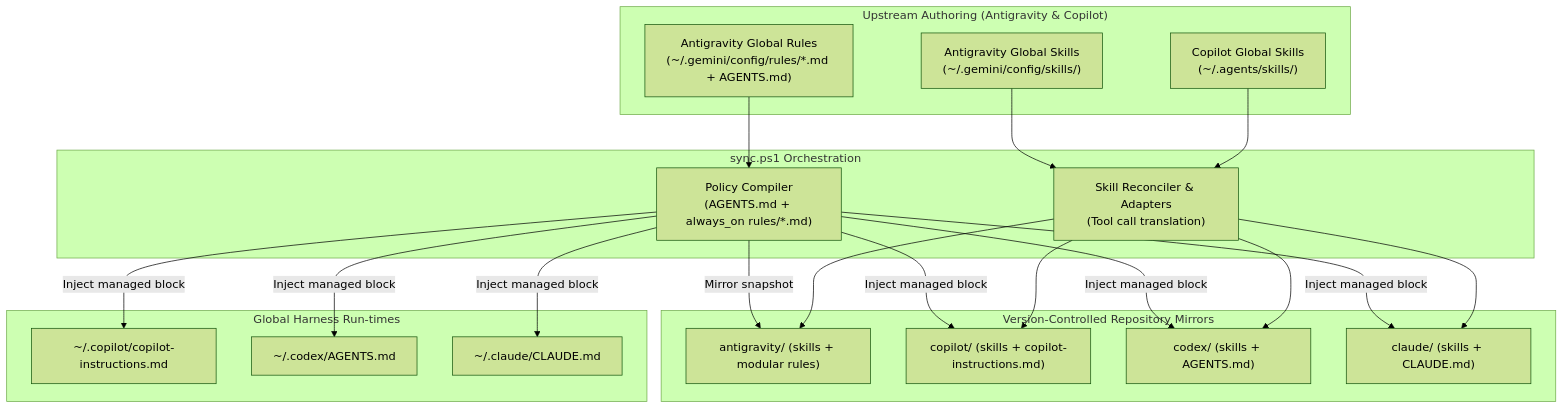
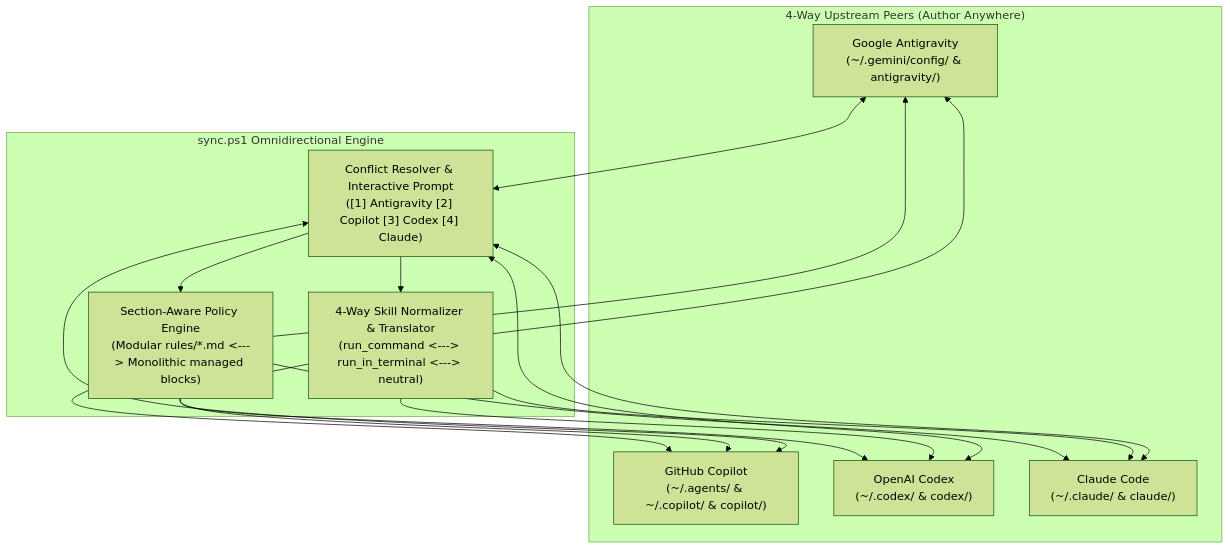
One commit to henryhyunwookim/agent-skills-and-policies changed the diagram in README.md. Above: the diagram before and after it, drawn with Mermaid (forest theme). The commit also changed 16 other files, not shown here.

First line of the commit message:
feat(sync): upgrade to 4-way peer mesh sync with conflict resolution

````diff
--- a/README.md
+++ b/README.md
@@ -22,34 +22,24 @@
 ```mermaid
 flowchart TD
-    subgraph Upstream["Upstream Authoring (Antigravity & Copilot)"]
-        A1["Antigravity Global Rules\n(~/.gemini/config/rules/*.md + AGENTS.md)"]
-        S1["Antigravity Global Skills\n(~/.gemini/config/skills/)"]
-        S2["Copilot Global Skills\n(~/.agents/skills/)"]
+    subgraph Peers["4-Way Upstream Peers (Author Anywhere)"]
+        H_AGY["Google Antigravity\n(~/.gemini/config/ & antigravity/)"]
+        H_COP["GitHub Copilot\n(~/.agents/ & ~/.copilot/ & copilot/)"]
+        H_CDX["OpenAI Codex\n(~/.codex/ & codex/)"]
+        H_CLD["Claude Code\n(~/.claude/ & claude/)"]
     end
 
-    subgraph SyncScript["sync.ps1 Orchestration"]
-        P_Comp["Policy Compiler\n(AGENTS.md + always_on rules/*.md)"]
-        S_Reconcile["Skill Reconciler & Adapters\n(Tool call translation)"]
+    subgraph SyncEngine["sync.ps1 Omnidirectional Engine"]
+        Conflict["Conflict Resolver & Interactive Prompt\n([1] Antigravity [2] Copilot [3] Codex [4] Claude)"]
+        P_Engine["Section-Aware Policy Engine\n(Modular rules/*.md <---> Monolithic managed blocks)"]
+        S_Engine["4-Way Skill Normalizer & Translator\n(run_command <---> run_in_terminal <---> neutral)"]
     end
 
-    subgraph Repos["Version-Controlled Repository Mirrors"]
-        R_AGY["antigravity/ (skills + modular rules)"]
-        R_COP["copilot/ (skills + copilot-instructions.md)"]
-        R_CDX["codex/ (skills + AGENTS.md)"]
-        R_CLD["claude/ (skills + CLAUDE.md)"]
-    end
+    H_AGY <--> Conflict
+    H_COP <--> Conflict
+    H_CDX <--> Conflict
+    H_CLD <--> Conflict
 
-    subgraph Downstream["Global Harness Run-times"]
-        G_COP["~/.copilot/copilot-instructions.md"]
-        G_CDX["~/.codex/AGENTS.md"]
-        G_CLD["~/.claude/CLAUDE.md"]
-    end
-
-    A1 --> P_Comp
-    P_Comp -->|Mirror snapshot| R_AGY
-    P_Comp -->|Inject managed block| R_COP & R_CDX & R_CLD
-    P_Comp -->|Inject managed block| G_COP & G_CDX & G_CLD
-
-    S1 & S2 --> S_Reconcile
-    S_Reconcile --> R_AGY & R_COP & R_CDX & R_CLD
+    Conflict --> P_Engine & S_Engine
+    P_Engine --> H_AGY & H_COP & H_CDX & H_CLD
+    S_Engine --> H_AGY & H_COP & H_CDX & H_CLD
 ```
````
